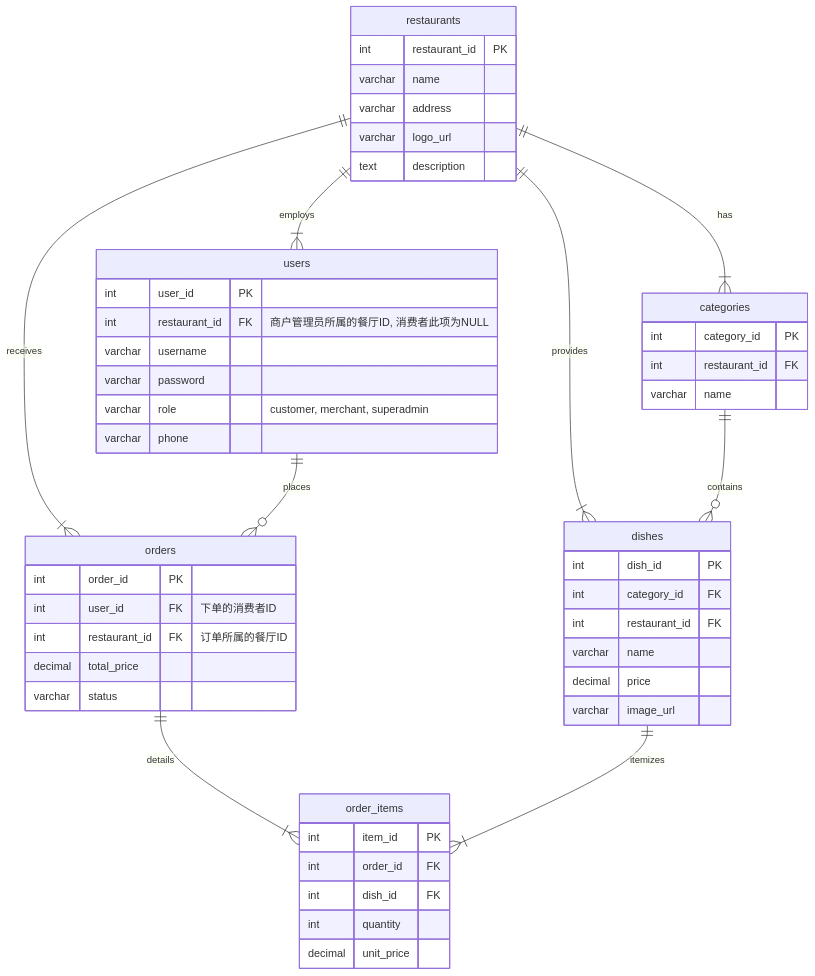
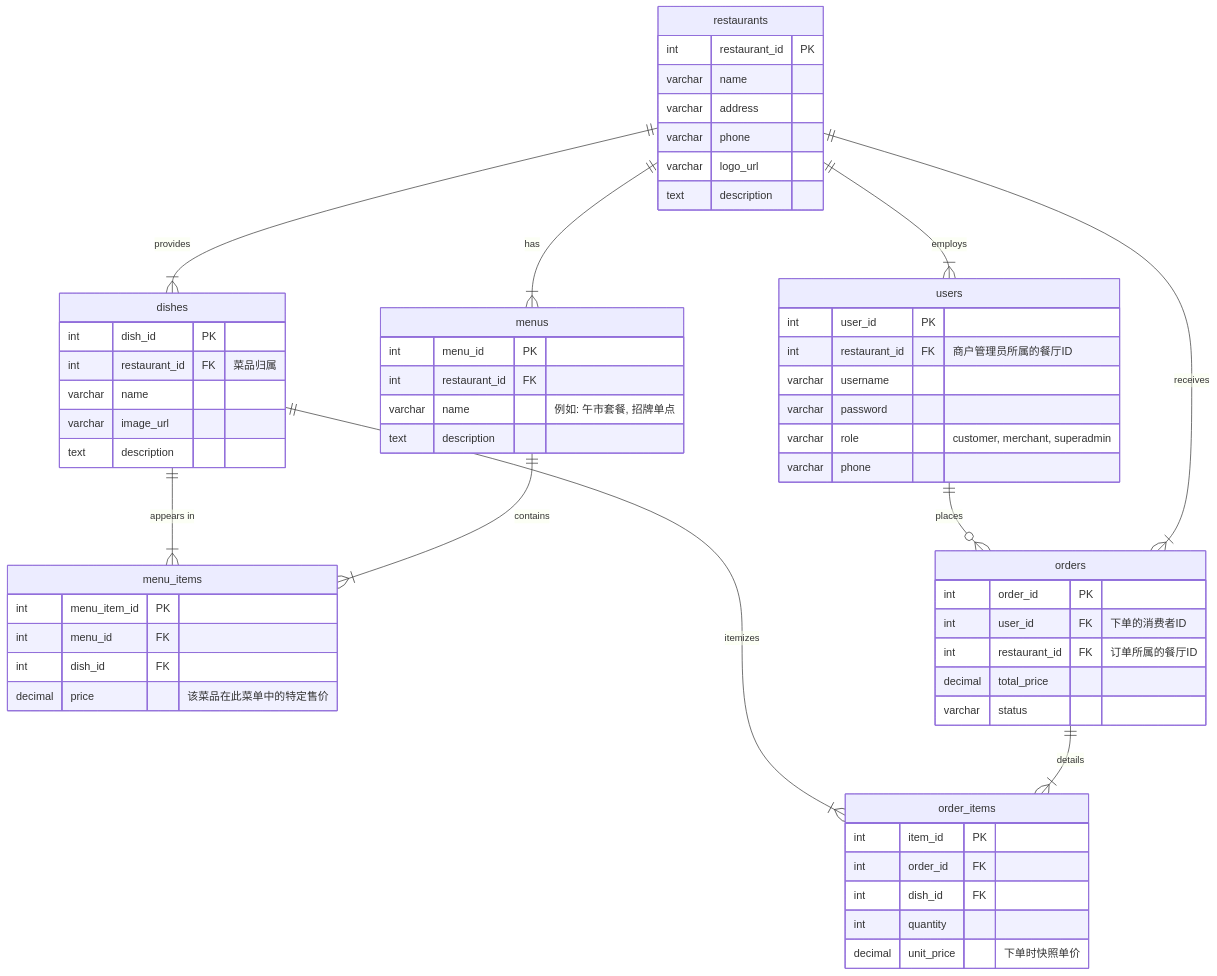
The diagram in docs/db-diagram/DB-ER.mmd (EdgarZhong/online-ordering-platform), drawn with Mermaid before and after one commit. The commit also changed 10 other files, not shown here.

```diff
--- a/docs/db-diagram/DB-ER.mmd
+++ b/docs/db-diagram/DB-ER.mmd
@@ -1,58 +1,69 @@
 erDiagram
     restaurants {
         int restaurant_id PK
         varchar name
         varchar address
+        varchar phone
         varchar logo_url
         text description
     }
 
     users {
         int user_id PK
-        int restaurant_id FK "商户管理员所属的餐厅ID, 消费者此项为NULL"
+        int restaurant_id FK "商户管理员所属的餐厅ID"
         varchar username
         varchar password
         varchar role "customer, merchant, superadmin"
         varchar phone
     }
 
-    categories {
-        int category_id PK
+    menus {
+        int menu_id PK
         int restaurant_id FK
-        varchar name
+        varchar name "例如: 午市套餐, 招牌单点"
+        text description
     }
 
     dishes {
         int dish_id PK
-        int category_id FK
-        int restaurant_id FK
+        int restaurant_id FK "菜品归属"
         varchar name
-        decimal price
         varchar image_url
+        text description
+    }
+
+    menu_items {
+        int menu_item_id PK
+        int menu_id FK
+        int dish_id FK
+        decimal price "该菜品在此菜单中的特定售价"
     }
 
     orders {
         int order_id PK
         int user_id FK "下单的消费者ID"
         int restaurant_id FK "订单所属的餐厅ID"
         decimal total_price
         varchar status
     }
 
     order_items {
         int item_id PK
         int order_id FK
         int dish_id FK
         int quantity
-        decimal unit_price
+        decimal unit_price "下单时快照单价"
     }
 
     restaurants ||--|{ users : "employs"
-    restaurants ||--|{ categories : "has"
+    restaurants ||--|{ menus : "has"
     restaurants ||--|{ dishes : "provides"
     restaurants ||--|{ orders : "receives"
     
     users ||--o{ orders : "places"
-    categories ||--o{ dishes : "contains"
+    
+    menus ||--|{ menu_items : "contains"
+    dishes ||--|{ menu_items : "appears in"
+
     orders ||--|{ order_items : "details"
     dishes ||--|{ order_items : "itemizes"
```
